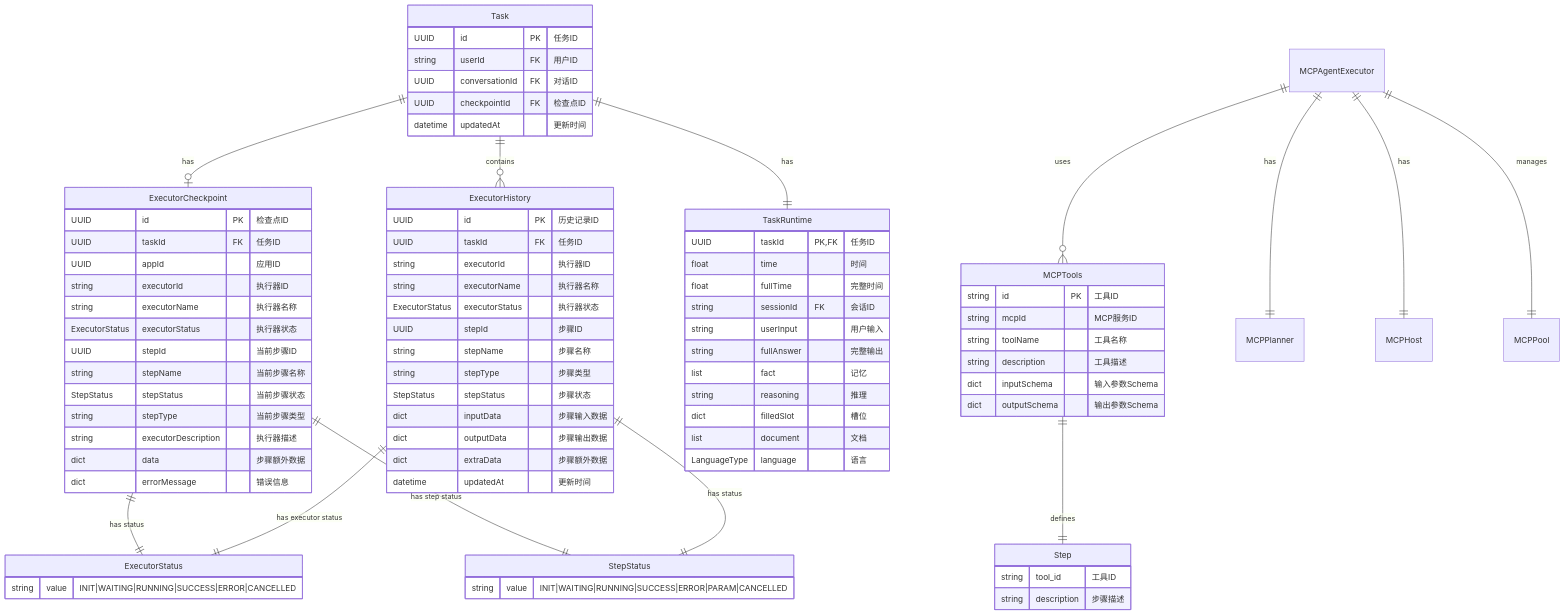
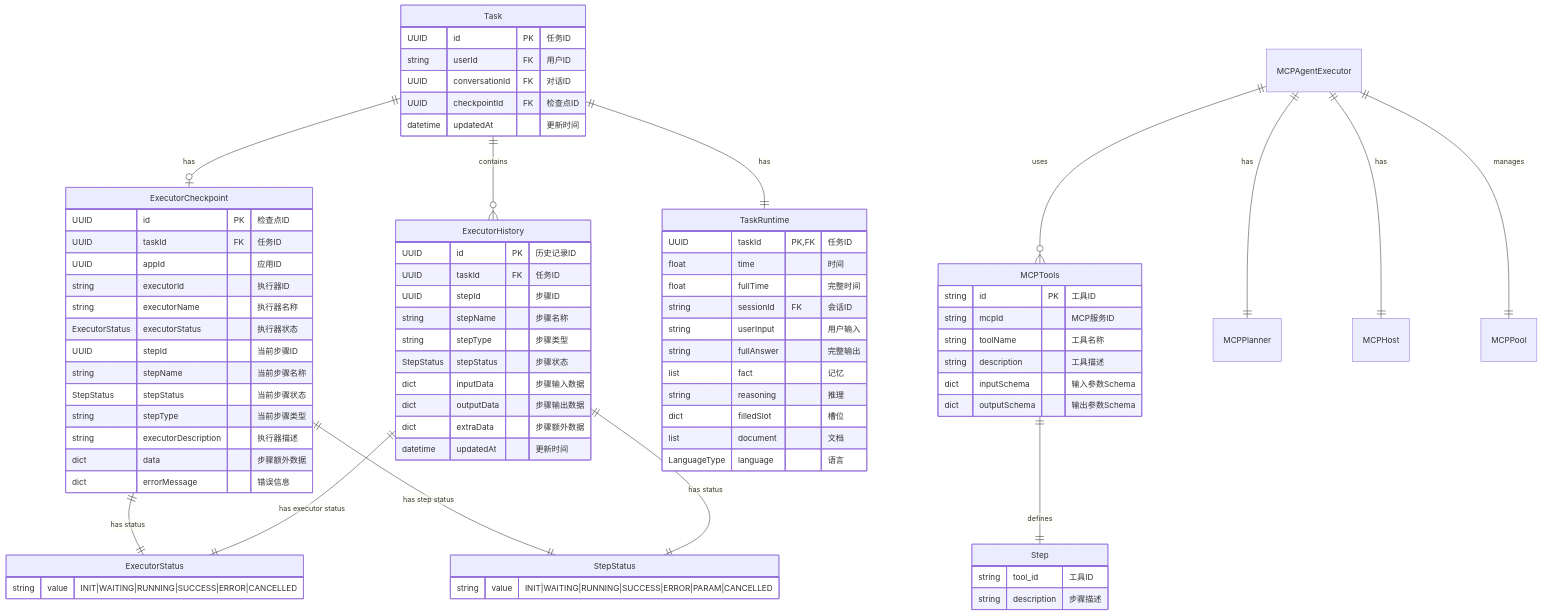
Before and after one commit to openeuler-mirror/euler-copilot-framework: the eighth of 13 diagrams in design/executor/agent.md, drawn with Mermaid. The commit also changed 10 other files, not shown here.

```diff
--- a/design/executor/agent.md
+++ b/design/executor/agent.md
@@ -749,9 +749,6 @@
     ExecutorHistory {
         UUID id PK "历史记录ID"
         UUID taskId FK "任务ID"
-        string executorId "执行器ID"
-        string executorName "执行器名称"
-        ExecutorStatus executorStatus "执行器状态"
         UUID stepId "步骤ID"
         string stepName "步骤名称"
         string stepType "步骤类型"
```
